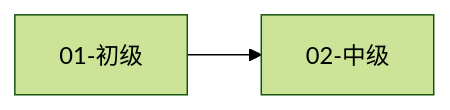
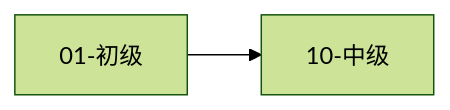
One commit to ethan-jiang-3/OpenSpec changed the first of 8 diagrams in _openspec_handbook/00-index.md. Above: the diagram before and after it, drawn with Mermaid (forest theme). The commit also changed other lines of this file and 41 other files, not shown here.

````diff
--- a/_openspec_handbook/00-index.md
+++ b/_openspec_handbook/00-index.md
@@ -137,4 +138,4 @@
 ```mermaid
 graph LR
-    A[01-初级] --> B[02-中级]
+    A[01-初级] --> B[10-中级]
 ```
````
